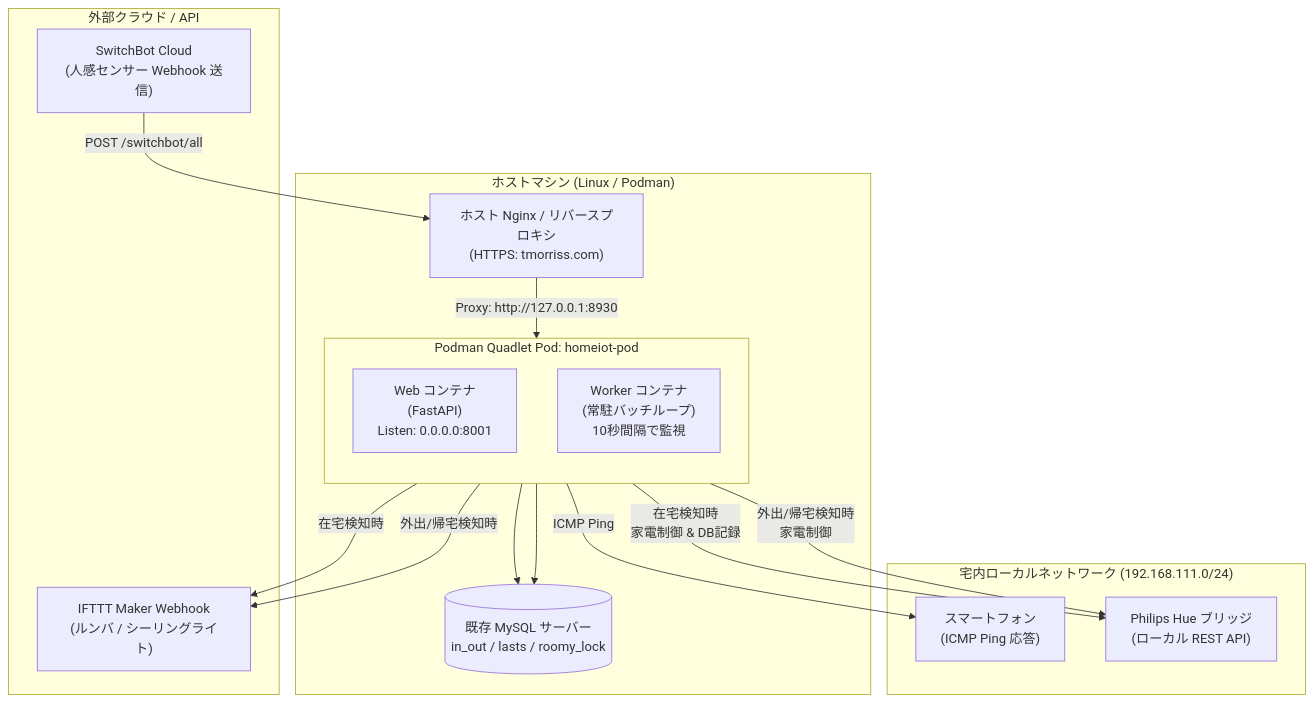
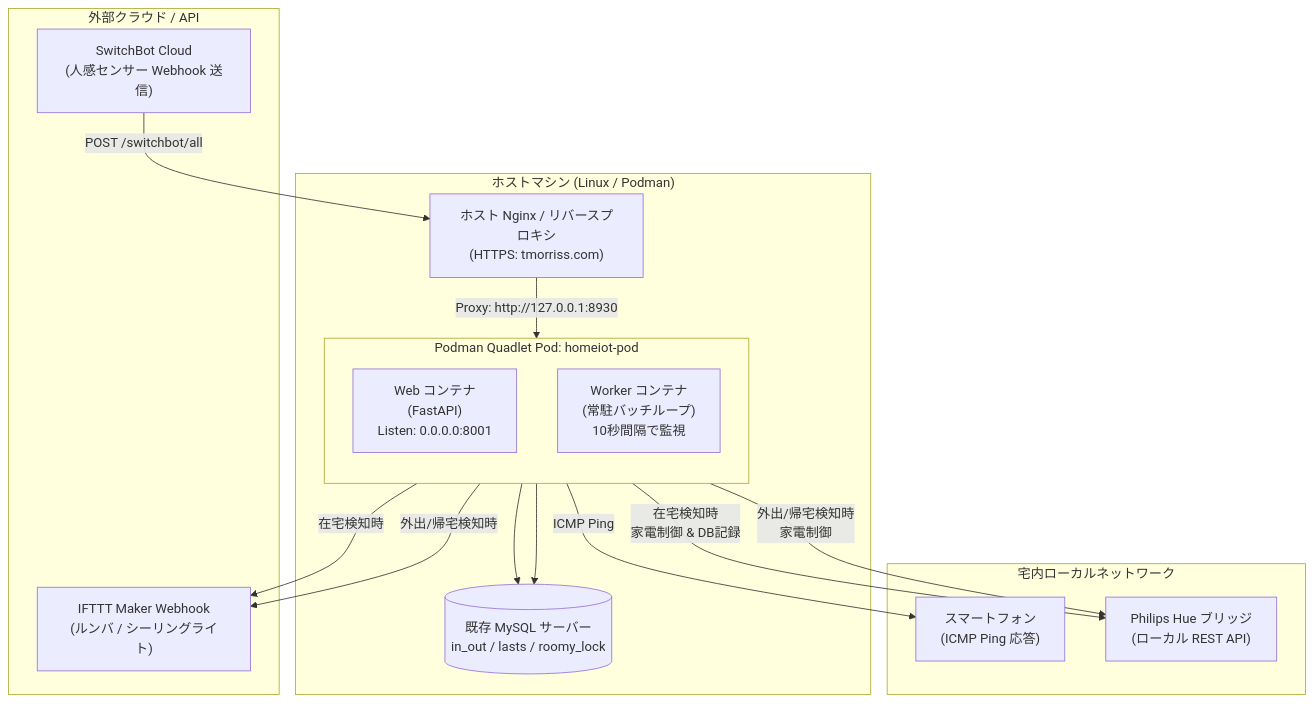
The first of 2 diagrams in docs/architecture.md (tMorriss/HomeIotManager), drawn with Mermaid before and after one commit. The commit also changed other lines of this file and 3 other files, not shown here.

````diff
--- a/docs/architecture.md
+++ b/docs/architecture.md
@@ -26,36 +26,36 @@
 ```mermaid
 flowchart TD
     subgraph Host["ホストマシン (Linux / Podman)"]
         Nginx["ホスト Nginx / リバースプロキシ\n(HTTPS: tmorriss.com)"]
         
         subgraph Pod["Podman Quadlet Pod: homeiot-pod"]
             direction TB
             WebContainer["Web コンテナ\n(FastAPI)\nListen: 0.0.0.0:8001"]
             WorkerContainer["Worker コンテナ\n(常駐バッチループ)\n10秒間隔で監視"]
         end
 
         MySQL[(既存 MySQL サーバー\nin_out / lasts / roomy_lock)]
     end
 
-    subgraph LAN["宅内ローカルネットワーク (192.168.111.0/24)"]
+    subgraph LAN["宅内ローカルネットワーク"]
         Smartphones["スマートフォン\n(ICMP Ping 応答)"]
         HueBridge["Philips Hue ブリッジ\n(ローカル REST API)"]
     end
 
     subgraph External["外部クラウド / API"]
         SwitchBotCloud["SwitchBot Cloud\n(人感センサー Webhook 送信)"]
         IFTTT["IFTTT Maker Webhook\n(ルンバ / シーリングライト)"]
     end
 
     %% 通信フロー
     SwitchBotCloud -->|"POST /switchbot/all"| Nginx
     Nginx -->|"Proxy: http://127.0.0.1:8930"| WebContainer
     WebContainer -->|"在宅検知時\n家電制御 & DB記録"| HueBridge
     WebContainer -->|"在宅検知時"| IFTTT
     WebContainer --> MySQL
 
     WorkerContainer -->|"ICMP Ping"| Smartphones
     WorkerContainer -->|"外出/帰宅検知時\n家電制御"| HueBridge
     WorkerContainer -->|"外出/帰宅検知時"| IFTTT
     WorkerContainer --> MySQL
 ```
````
